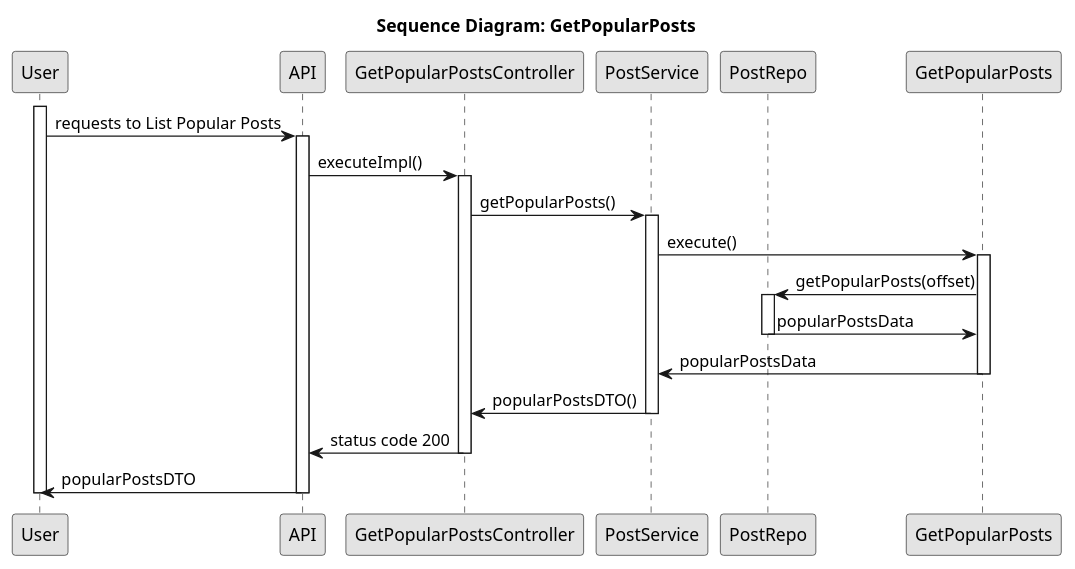
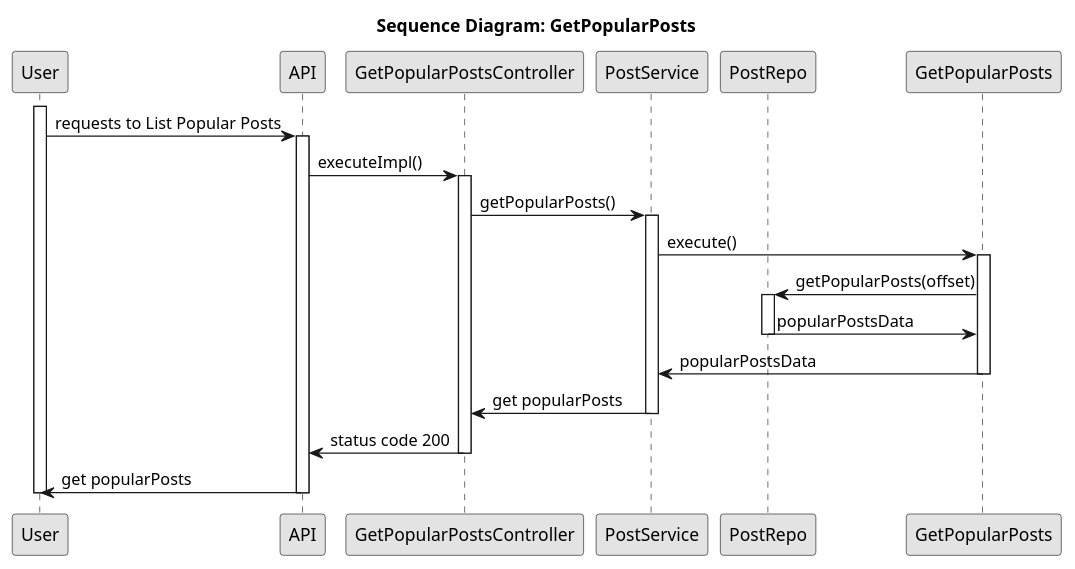
One commit to GuilhermeCunha1/ddd-forum-odsoft changed the diagram in docs/project/ListPopularPost/SD.puml. Above: the diagram before and after it, drawn with PlantUML.

Commit message:
SD Updated

```diff
--- a/docs/project/ListPopularPost/SD.puml
+++ b/docs/project/ListPopularPost/SD.puml
@@ -1,45 +1,45 @@
 @startuml
 
 skinparam Monochrome true
 skinparam PackageStyle rectangle
 skinparam Shadowing false
 
 title Sequence Diagram: GetPopularPosts
 
 participant "User" as User
 participant "API" as API
 participant "GetPopularPostsController" as Controller
 participant "PostService" as Service
 participant "PostRepo" as Repo
 participant "GetPopularPosts" as GetPopularPosts
 
 activate User
 User -> API: requests to List Popular Posts
 activate API
 API -> Controller: executeImpl()
 activate Controller
 Controller -> Service: getPopularPosts()
 activate Service
 Service -> GetPopularPosts: execute()
 activate GetPopularPosts
 
 GetPopularPosts -> Repo: getPopularPosts(offset)
 activate Repo
 Repo -> GetPopularPosts: popularPostsData
 deactivate Repo
 
 GetPopularPosts -> Service: popularPostsData
 deactivate GetPopularPosts
 
-Service -> Controller: popularPostsDTO()
+Service -> Controller: get popularPosts
 deactivate Service
 
 Controller -> API: status code 200
 deactivate Controller
 
-API -> User: popularPostsDTO
+API -> User: get popularPosts
 deactivate API
 
 deactivate User
 
 @enduml
```
